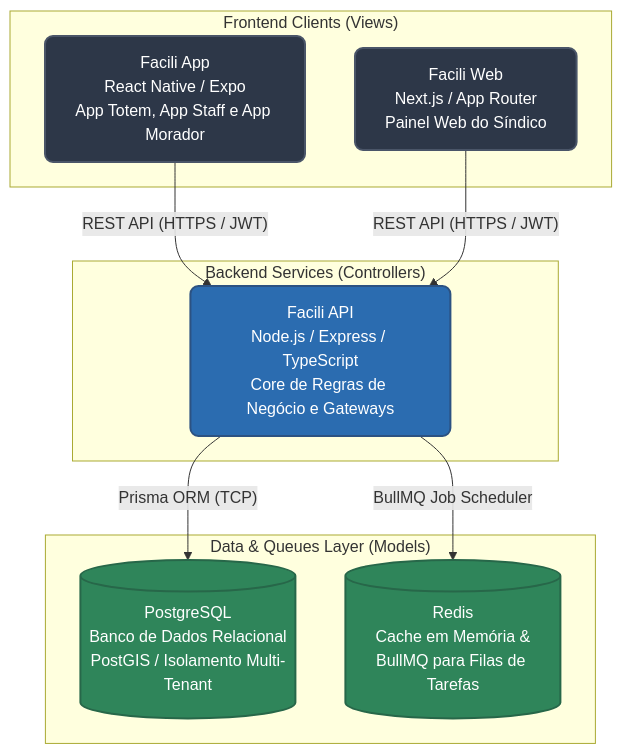
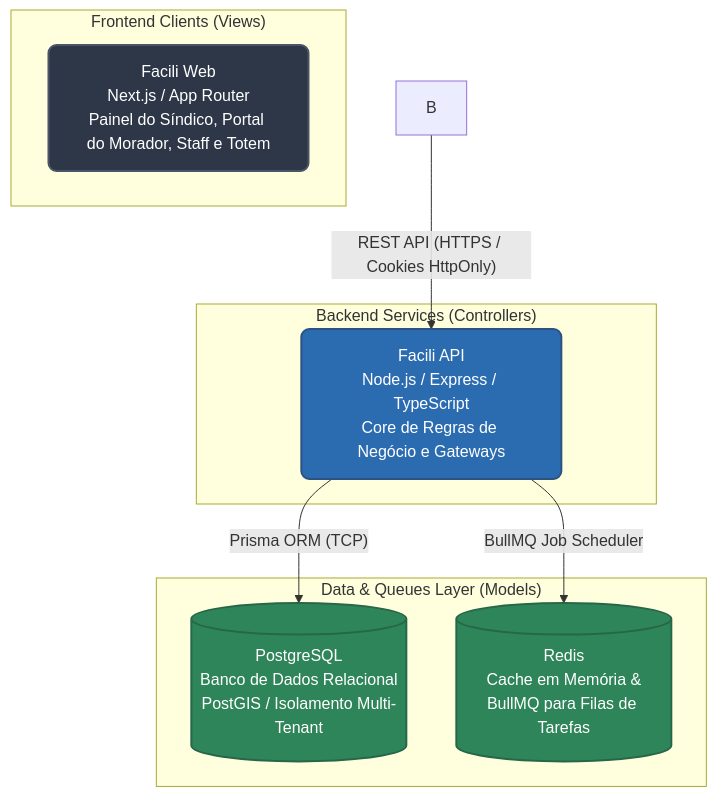
One commit to ariellucaslf/facilicond changed the diagram in README.md. Above: the diagram before and after it, drawn with Mermaid. The commit also changed other lines of this file and 2 other files, not shown here.

Commit message:
refactor: align interactive mockups and documentation with unified web stack

````diff
--- a/README.md
+++ b/README.md
@@ -68,28 +67,26 @@
 ```mermaid
 graph TD
     %% Define Styles
     classDef client fill:#2d3748,stroke:#4a5568,stroke-width:2px,color:#fff,rx:8px,ry:8px;
     classDef api fill:#2b6cb0,stroke:#2c5282,stroke-width:2px,color:#fff,rx:8px,ry:8px;
     classDef db fill:#2f855a,stroke:#276749,stroke-width:2px,color:#fff,rx:8px,ry:8px;
     classDef external fill:#c53030,stroke:#9b2c2c,stroke-width:2px,color:#fff,rx:8px,ry:8px;
 
     subgraph "Frontend Clients (Views)"
-        A["Facili App<br/>React Native / Expo<br/>App Totem, App Staff e App Morador"]:::client
-        B["Facili Web<br/>Next.js / App Router<br/>Painel Web do Síndico"]:::client
+        A["Facili Web<br/>Next.js / App Router<br/>Painel do Síndico, Portal do Morador, Staff e Totem"]:::client
     end
 
     subgraph "Backend Services (Controllers)"
         C["Facili API<br/>Node.js / Express / TypeScript<br/>Core de Regras de Negócio e Gateways"]:::api
     end
 
     subgraph "Data & Queues Layer (Models)"
         D[("PostgreSQL<br/>Banco de Dados Relacional<br/>PostGIS / Isolamento Multi-Tenant")]:::db
         E[("Redis<br/>Cache em Memória &<br/>BullMQ para Filas de Tarefas")]:::db
     end
 
     %% Connections
-    A -- REST API (HTTPS / JWT) --> C
-    B -- REST API (HTTPS / JWT) --> C
+    B -- REST API (HTTPS / Cookies HttpOnly) --> C
     C -- Prisma ORM (TCP) --> D
     C -- BullMQ Job Scheduler --> E
 ```
````
